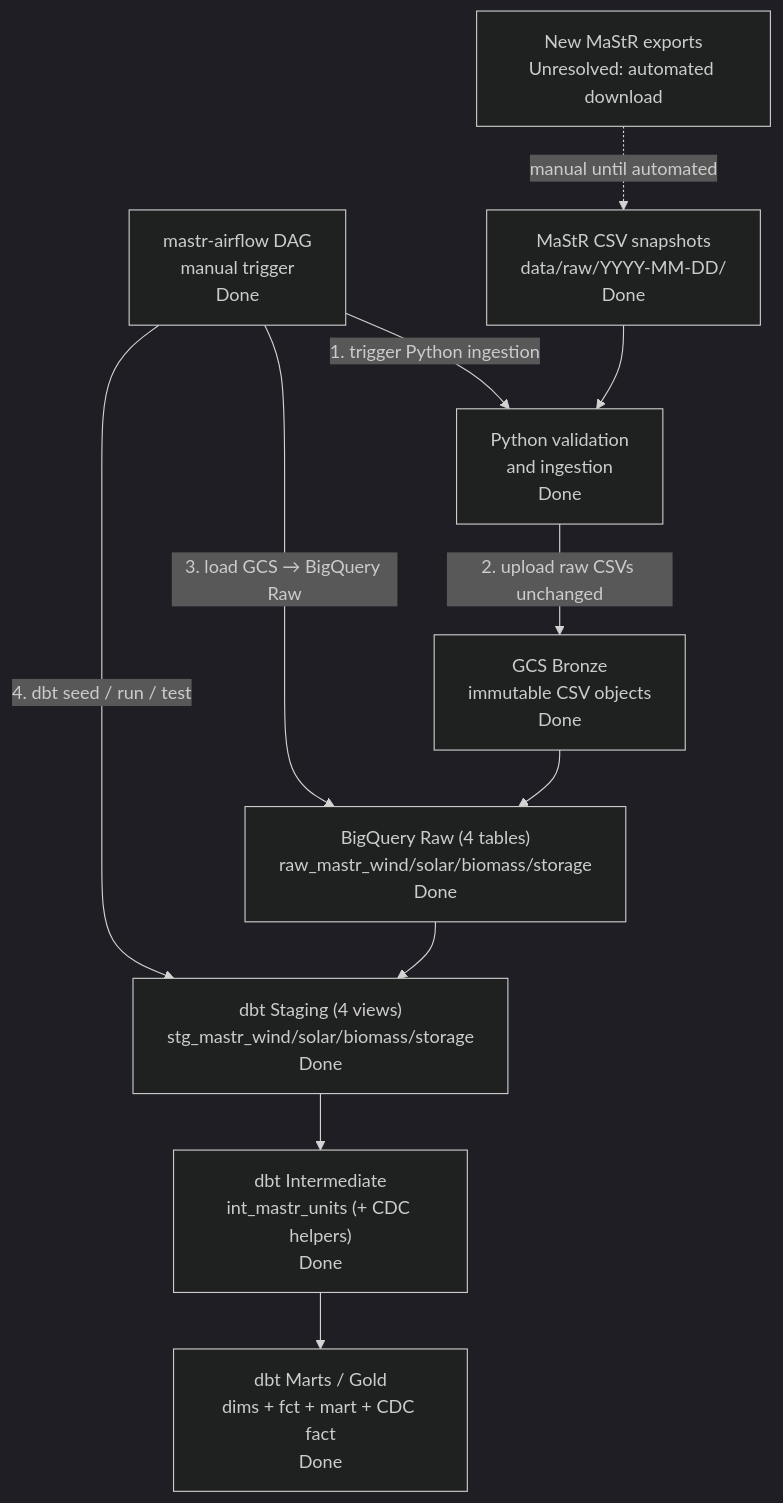
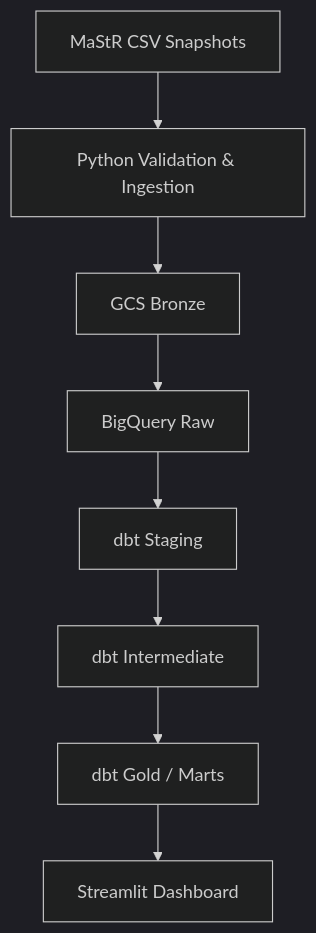
Before and after one commit to anyarlene/mastr-project: the diagram in mastr-data-pipeline/docs/architecture.md, drawn with Mermaid (dark theme). The commit also changed other lines of this file and 8 other files, not shown here.

````diff
--- a/mastr-data-pipeline/docs/architecture.md
+++ b/mastr-data-pipeline/docs/architecture.md
@@ -38,27 +7,10 @@
 ```mermaid
-flowchart TB
-  DL["New MaStR exports<br/>Unresolved: automated download"]
-  CSV["MaStR CSV snapshots<br/>data/raw/YYYY-MM-DD/<br/>Done"]
-
-  AF["mastr-airflow DAG<br/>manual trigger<br/>Done"]
-
-  PY["Python validation<br/>and ingestion<br/>Done"]
-  GCS["GCS Bronze<br/>immutable CSV objects<br/>Done"]
-
-  BQRaw["BigQuery Raw (4 tables)<br/>raw_mastr_wind/solar/biomass/storage<br/>Done"]
-
-  STG["dbt Staging (4 views)<br/>stg_mastr_wind/solar/biomass/storage<br/>Done"]
-  INT["dbt Intermediate<br/>int_mastr_units (+ CDC helpers)<br/>Done"]
-  MART["dbt Marts / Gold<br/>dims + fct + mart + CDC fact<br/>Done"]
-
-  DL -.->|"manual until automated"| CSV
-  AF -->|"1. trigger Python ingestion"| PY
-  CSV --> PY
-  PY -->|"2. upload raw CSVs unchanged"| GCS
-  AF -->|"3. load GCS → BigQuery Raw"| BQRaw
-  GCS --> BQRaw
-  AF -->|"4. dbt seed / run / test"| STG
-  BQRaw --> STG
-  STG --> INT
-  INT --> MART
+flowchart TD
+    CSV["MaStR CSV Snapshots"] --> PY["Python Validation & Ingestion"]
+    PY --> GCS["GCS Bronze"]
+    GCS --> RAW["BigQuery Raw"]
+    RAW --> STG["dbt Staging"]
+    STG --> INT["dbt Intermediate"]
+    INT --> GOLD["dbt Gold / Marts"]
+    GOLD --> DASH["Streamlit Dashboard"]
 ```
````
